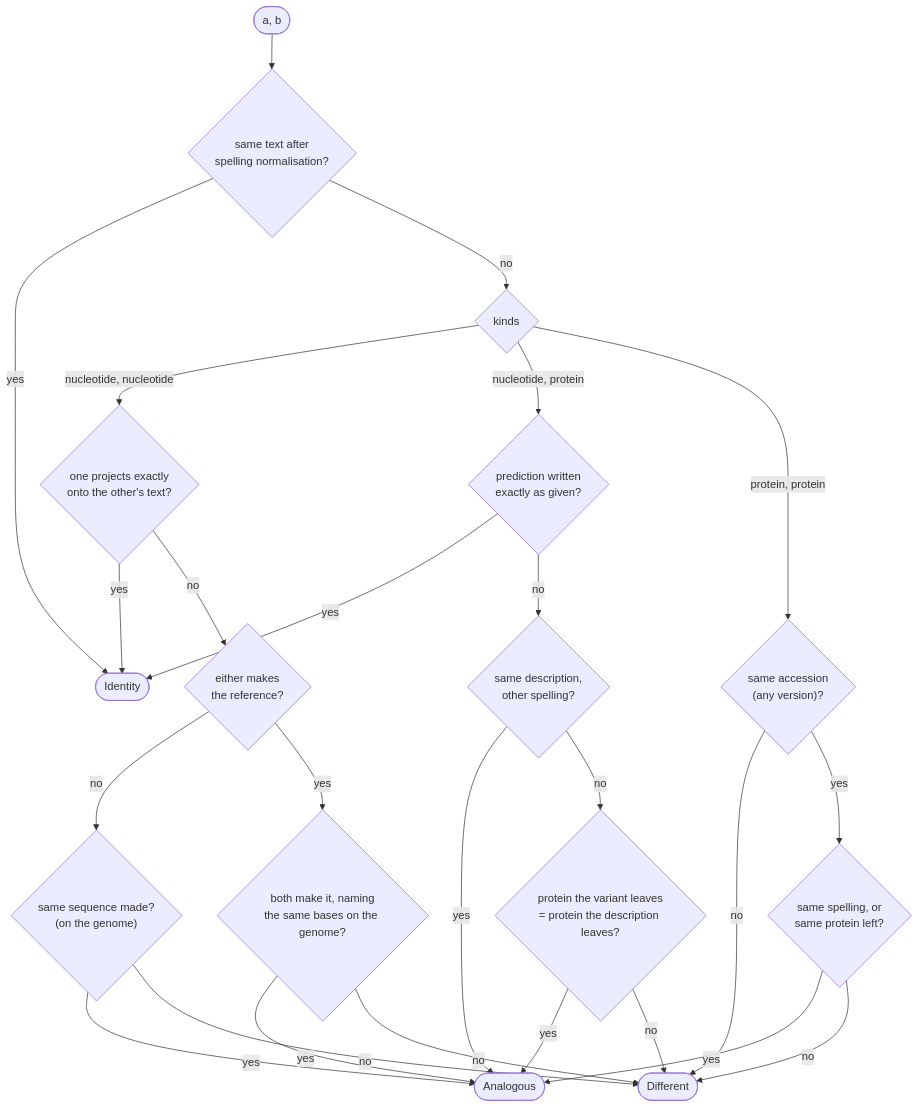
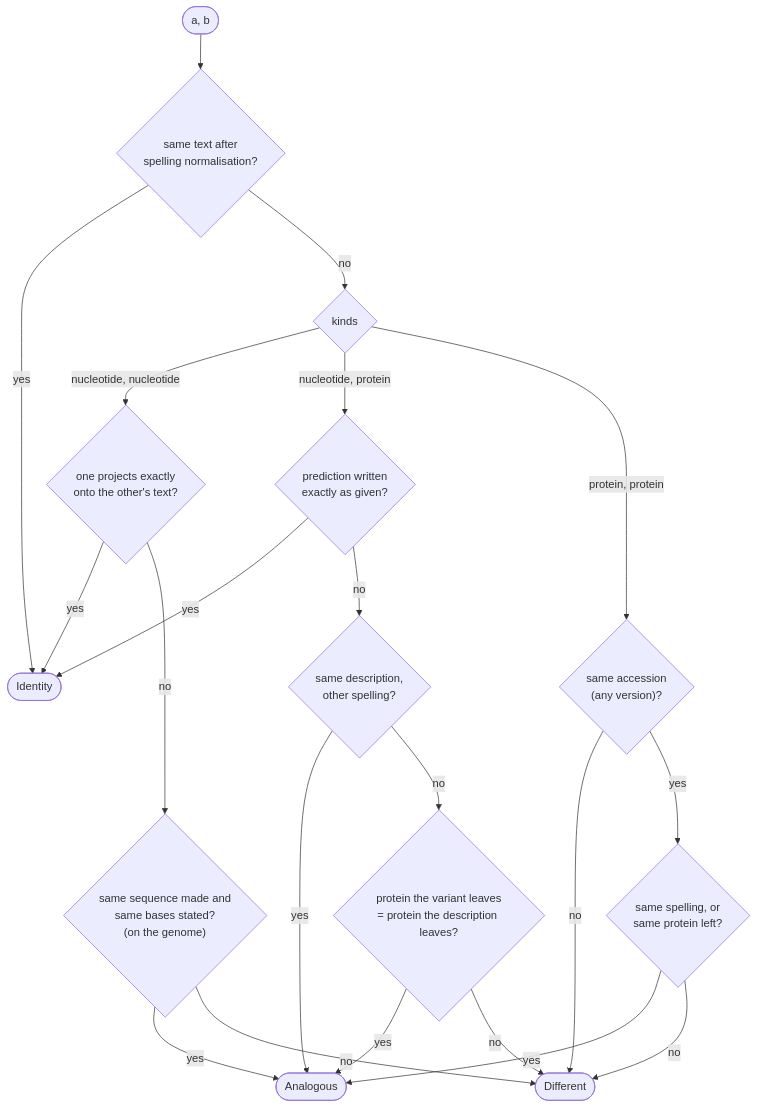
The diagram in docs/source/equivalence_logic.md (populationgenomics/hgvs-weaver), drawn with Mermaid before and after one commit. The commit also changed other lines of this file and 1 other file, not shown here.

First line of the commit message:
choices: an identity beside a change is part of the allele; a length-changing delins has no junction inside

````diff
--- a/docs/source/equivalence_logic.md
+++ b/docs/source/equivalence_logic.md
@@ -25,27 +25,23 @@
 ```mermaid
 flowchart TD
     Start(["a, b"]) --> Text{"same text after<br/>spelling normalisation?"}
     Text -- yes --> Identity([Identity])
     Text -- no --> Kind{kinds}
     Kind -- "nucleotide, nucleotide" --> Proj{"one projects exactly<br/>onto the other's text?"}
     Proj -- yes --> Identity
-    Proj -- no --> Ref{"either makes<br/>the reference?"}
-    Ref -- no --> Allele{"same sequence made?<br/>(on the genome)"}
-    Ref -- yes --> Named{"both make it, naming<br/>the same bases on the genome?"}
-    Named -- yes --> Analogous
-    Named -- no --> Different
+        Proj -- no --> Allele{"same sequence made and<br/>same bases stated?<br/>(on the genome)"}
     Kind -- "nucleotide, protein" --> Pred{"prediction written<br/>exactly as given?"}
     Pred -- yes --> Identity
     Pred -- no --> Spell{"same description,<br/>other spelling?"}
     Spell -- yes --> Analogous([Analogous])
     Spell -- no --> Left{"protein the variant leaves<br/>= protein the description leaves?"}
     Kind -- "protein, protein" --> Base{"same accession<br/>(any version)?"}
     Base -- no --> Different([Different])
     Base -- yes --> Left2{"same spelling, or<br/>same protein left?"}
     Allele -- yes --> Analogous
     Allele -- no --> Different
     Left -- yes --> Analogous
     Left -- no --> Different
     Left2 -- yes --> Analogous
     Left2 -- no --> Different
 ```
````
